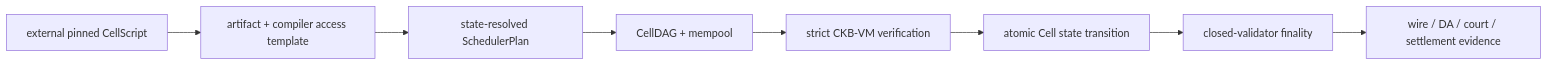
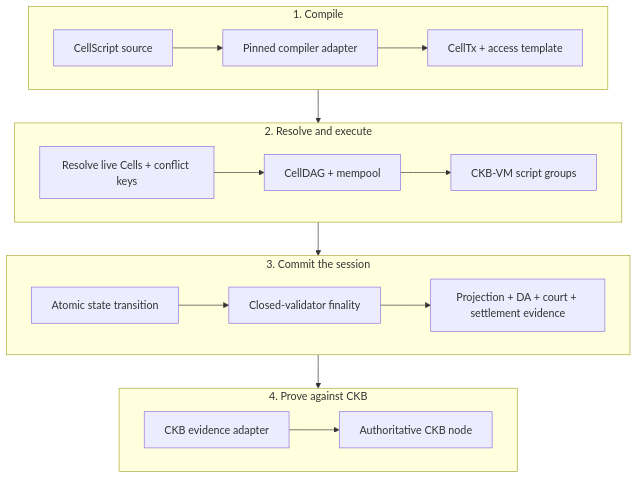
One commit to Myelin-Labs/Myelin changed the first of 3 diagrams in README.md. Above: the diagram before and after it, drawn with Mermaid. The commit also changed other lines of this file, not shown here.

````diff
--- a/README.md
+++ b/README.md
@@ -7,10 +29,26 @@
 ```mermaid
-flowchart LR
-    A["external pinned CellScript"] --> B["artifact + compiler access template"]
-    B --> C["state-resolved SchedulerPlan"]
-    C --> D["CellDAG + mempool"]
-    D --> E["strict CKB-VM verification"]
-    E --> F["atomic Cell state transition"]
-    F --> G["closed-validator finality"]
-    G --> H["wire / DA / court / settlement evidence"]
+flowchart TB
+    subgraph BUILD["1. Compile"]
+        direction LR
+        CS["CellScript source"] --> CA["Pinned compiler adapter"] --> TX["CellTx + access template"]
+    end
+
+    subgraph EXECUTE["2. Resolve and execute"]
+        direction LR
+        R["Resolve live Cells + conflict keys"] --> D["CellDAG + mempool"] --> VM["CKB-VM script groups"]
+    end
+
+    subgraph COMMIT["3. Commit the session"]
+        direction LR
+        ST["Atomic state transition"] --> CO["Closed-validator finality"] --> EV["Projection + DA + court + settlement evidence"]
+    end
+
+    subgraph PROVE["4. Prove against CKB"]
+        direction LR
+        AD["CKB evidence adapter"] --> CKB["Authoritative CKB node"]
+    end
+
+    TX --> R
+    VM --> ST
+    EV --> AD
 ```
````
